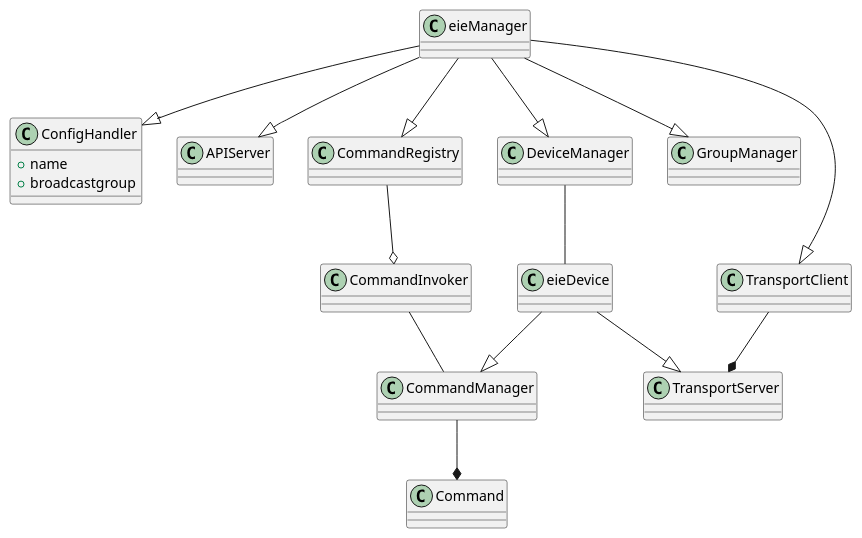
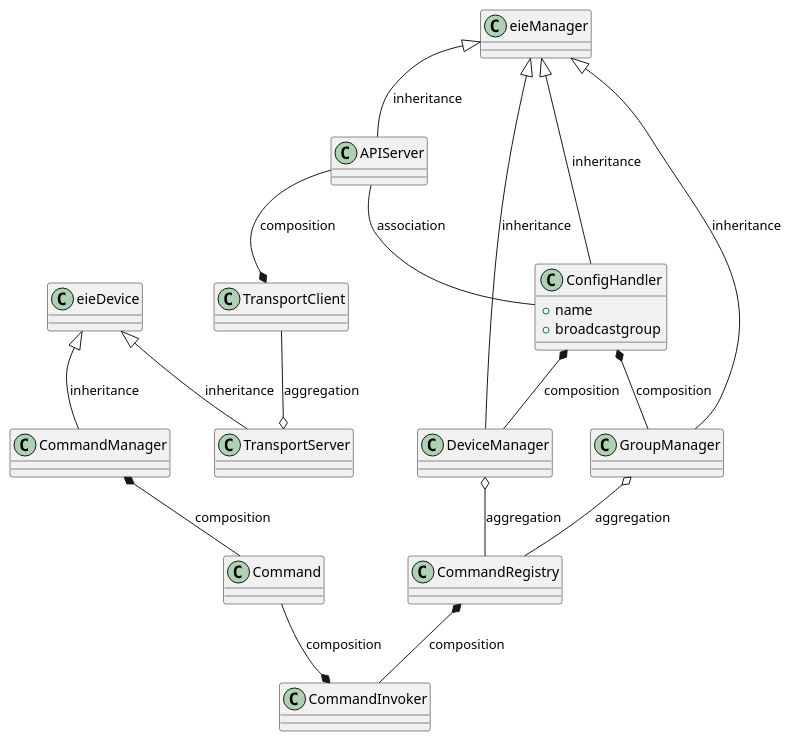
Before and after one commit to oscarfc164/ie0417-dev: the first of 2 diagrams in docs/source/labs/lab1/lab1.rst, drawn with PlantUML. The commit also changed other lines of this file, not shown here.

Commit message:
Modified Class UML Diagram Improving the diagram into a better desing

```diff
--- a/docs/source/labs/lab1/lab1.rst
+++ b/docs/source/labs/lab1/lab1.rst
@@ -234,40 +234,45 @@
 .. uml::
 
     @startuml
 
     class eieManager
     class eieDevice
     class ConfigHandler{
         + name
         + broadcastgroup
     }
     class APIServer 
-    class CommandRegistry
     class DeviceManager
     class GroupManager
     class CommandInvoker
     class TransportClient
     class TransportServer
     class CommandManager
     class Command
+    class CommandRegistry
+
+    eieManager <|-- DeviceManager:inheritance
+    eieManager <|-- ConfigHandler:inheritance
+    eieManager <|-- GroupManager:inheritance
+    eieManager <|-- APIServer:inheritance
+    ConfigHandler *-- DeviceManager:composition
+    ConfigHandler *-- GroupManager:composition
+    DeviceManager o-- CommandRegistry:aggregation
+    GroupManager o-- CommandRegistry:aggregation
+    CommandRegistry *-- CommandInvoker: composition
+    APIServer -- ConfigHandler:association
+    APIServer --* TransportClient:composition
 
 
 
-    eieManager --|> ConfigHandler
-    eieManager --|> APIServer
-    eieManager --|> TransportClient
-    eieManager --|> GroupManager
-    eieManager --|> DeviceManager
-    eieManager --|> CommandRegistry
-    CommandRegistry --o CommandInvoker
-    DeviceManager -- eieDevice
-    CommandInvoker -- CommandManager
 
-    TransportClient --* TransportServer
-    eieDevice --|> TransportServer
-    eieDevice --|> CommandManager
+    eieDevice <|-- TransportServer:inheritance
+    eieDevice <|-- CommandManager:inheritance
+    CommandManager *-- Command:composition
+    Command --* CommandInvoker:composition
+    TransportClient --o TransportServer:aggregation
+    
 
-    CommandManager --* Command
 
 
     @enduml
```
